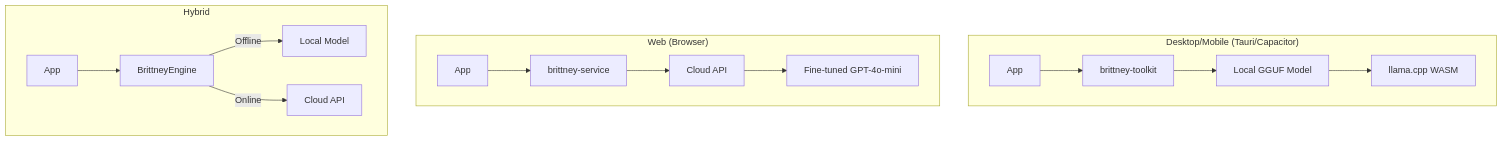
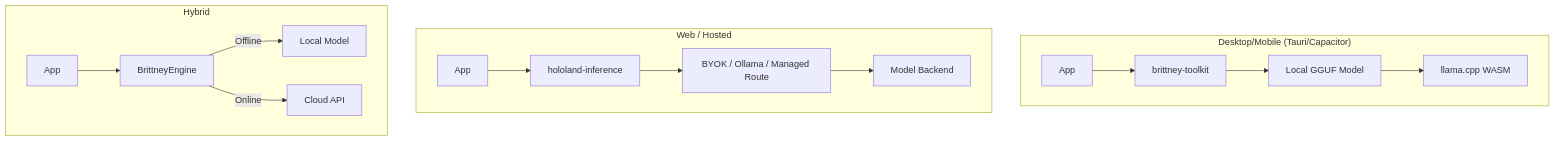
One commit to holoscript-foundation/Hololand changed the diagram in AI_ARCHITECTURE.md. Above: the diagram before and after it, drawn with Mermaid. The commit also changed other lines of this file, not shown here.

First line of the commit message:
docs(ecosystem): align Brittney AGI lineage

````diff
--- a/AI_ARCHITECTURE.md
+++ b/AI_ARCHITECTURE.md
@@ -23,20 +24,20 @@
 ```mermaid
 graph TD
     subgraph "Desktop/Mobile (Tauri/Capacitor)"
         App1["App"] --> Toolkit["brittney-toolkit"]
         Toolkit --> Local["Local GGUF Model"]
         Local --> WASM["llama.cpp WASM"]
     end
     
-    subgraph "Web (Browser)"
-        App2["App"] --> Service["brittney-service"]
-        Service --> Cloud["Cloud API"]
-        Cloud --> GPT["Fine-tuned GPT-4o-mini"]
+    subgraph "Web / Hosted"
+        App2["App"] --> Inference["hololand-inference"]
+        Inference --> Byok["BYOK / Ollama / Managed Route"]
+        Byok --> Hosted["Model Backend"]
     end
     
     subgraph "Hybrid"
         App3["App"] --> Engine["BrittneyEngine"]
         Engine -->|Offline| Local2["Local Model"]
         Engine -->|Online| Cloud2["Cloud API"]
     end
 ```
````
